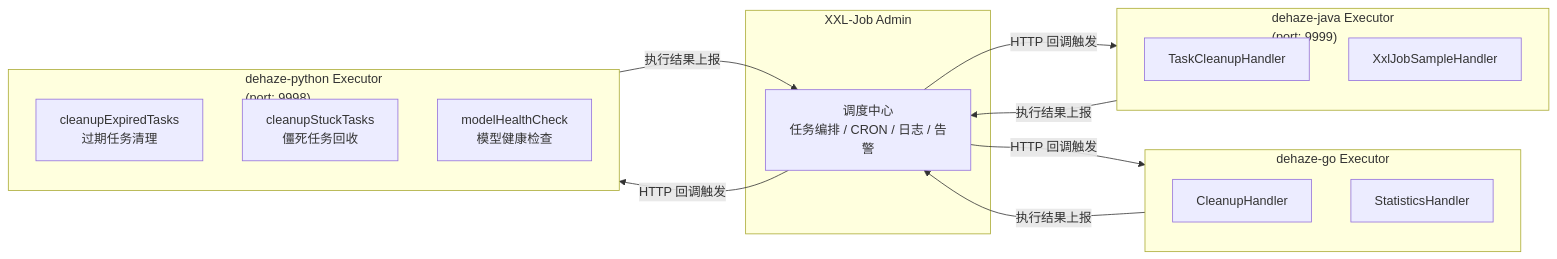
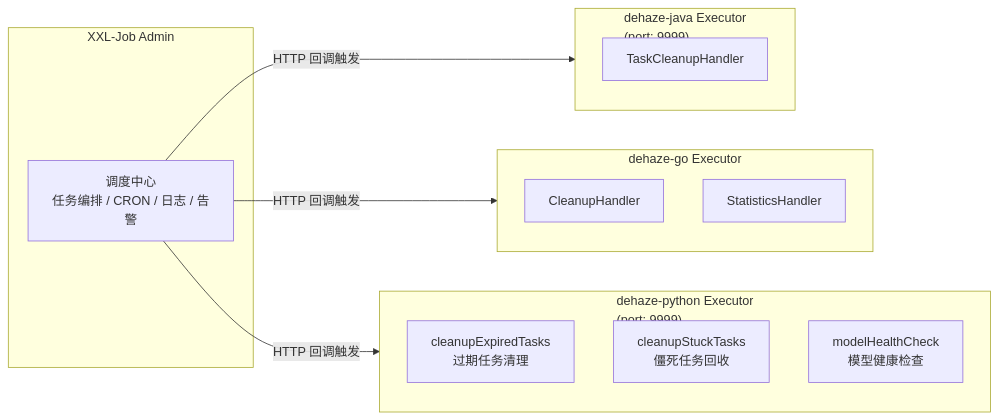
One commit to earthy-zinc/dehaze-system changed diagram 12 of 15 in dehaze-doc/docs/02-系统架构/08-后端基础设施设计(Python).md. Above: the diagram before and after it, drawn with Mermaid. The commit also changed other lines of this file and 10 other files, not shown here.

````diff
--- a/dehaze-doc/docs/02-系统架构/08-后端基础设施设计(Python).md
+++ b/dehaze-doc/docs/02-系统架构/08-后端基础设施设计(Python).md
@@ -748,29 +928,25 @@
 ```mermaid
 flowchart LR
     subgraph XXLJob["XXL-Job Admin"]
         Scheduler["调度中心<br/>任务编排 / CRON / 日志 / 告警"]
     end
 
     subgraph JavaExecutor["dehaze-java Executor<br/>(port: 9999)"]
         J1["TaskCleanupHandler"]
-        J2["XxlJobSampleHandler"]
     end
 
     subgraph GoExecutor["dehaze-go Executor"]
         G1["CleanupHandler"]
         G2["StatisticsHandler"]
     end
 
-    subgraph PythonExecutor["dehaze-python Executor<br/>(port: 9998)"]
+    subgraph PythonExecutor["dehaze-python Executor<br/>(port: 9999)"]
         P1["cleanupExpiredTasks<br/>过期任务清理"]
         P2["cleanupStuckTasks<br/>僵死任务回收"]
         P3["modelHealthCheck<br/>模型健康检查"]
     end
 
     Scheduler -->|"HTTP 回调触发"| JavaExecutor
     Scheduler -->|"HTTP 回调触发"| GoExecutor
     Scheduler -->|"HTTP 回调触发"| PythonExecutor
-    JavaExecutor -->|"执行结果上报"| Scheduler
-    GoExecutor -->|"执行结果上报"| Scheduler
-    PythonExecutor -->|"执行结果上报"| Scheduler
 ```
````
